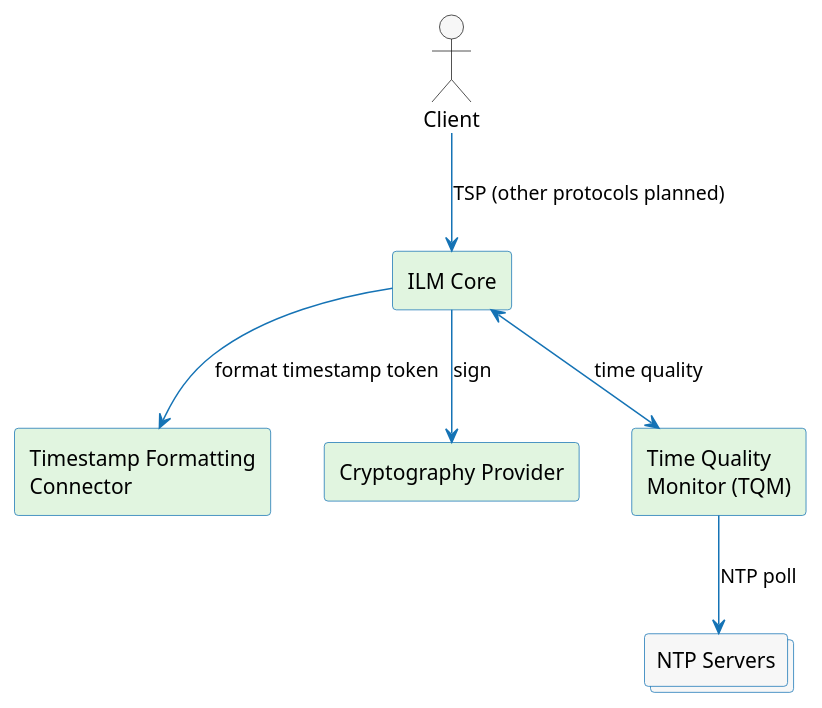
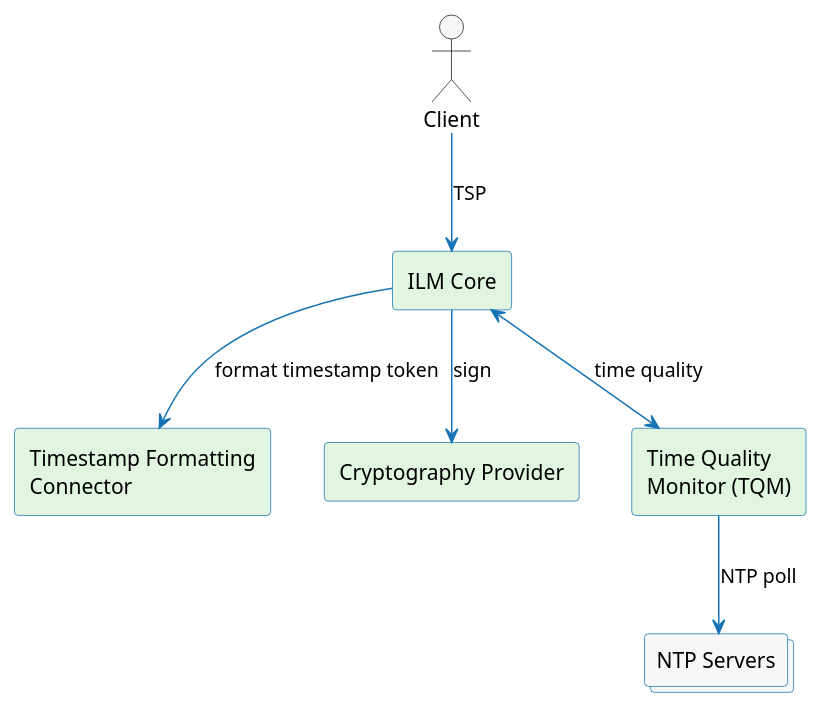
One commit to CZERTAINLY/CZERTAINLY-Documentation changed the diagram in docs/signing/timestamping/overview.md. Above: the diagram before and after it, drawn with PlantUML. The commit also changed 4 other files, not shown here.

````diff
--- a/docs/signing/timestamping/overview.md
+++ b/docs/signing/timestamping/overview.md
@@ -33,23 +33,23 @@
 ```plantuml
 @startuml
 skinparam ArrowColor #1573B5
 skinparam ComponentBorderColor #1573B5
 skinparam CollectionsBorderColor #1573B5
 skinparam NoteBackgroundColor #F7F7F7
 skinparam defaultFontName sans-serif
 skinparam componentStyle rectangle
 
 actor "Client" as Client #F7F7F7
 component "ILM Core" as Core #E1F5E0
 component "Timestamp Formatting\nConnector" as Formatter #E1F5E0
 component "Cryptography Provider" as Token #E1F5E0
 component "Time Quality\nMonitor (TQM)" as TQM #E1F5E0
 collections "NTP Servers" as NTP #F7F7F7
 
-Client -[#1573B5]-> Core : TSP (other protocols planned)
+Client -[#1573B5]-> Core : TSP
 Core -[#1573B5]-> Formatter : format timestamp token
 Core -[#1573B5]-> Token : sign
 Core <-[#1573B5]-> TQM : time quality
 TQM -[#1573B5]-> NTP : NTP poll
 @enduml
 ```
````
